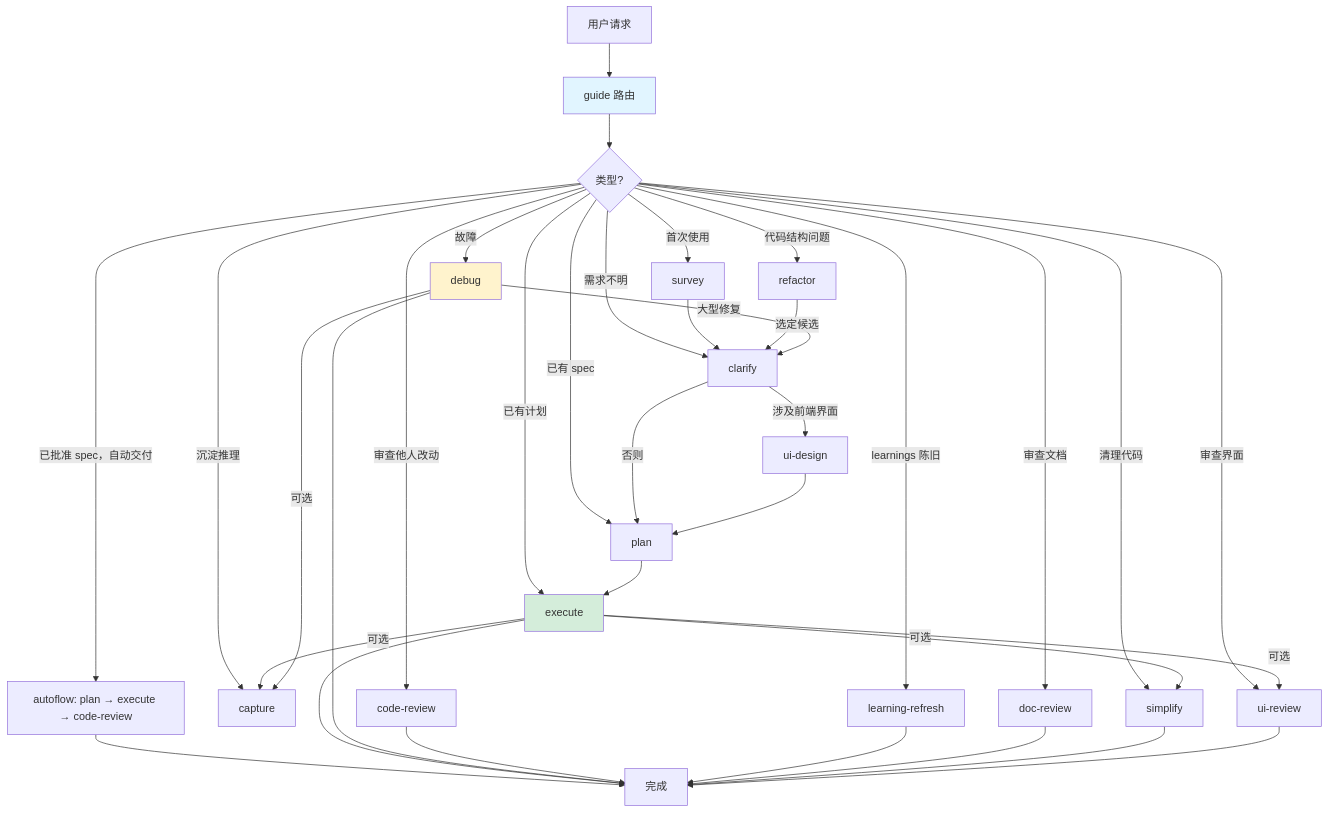
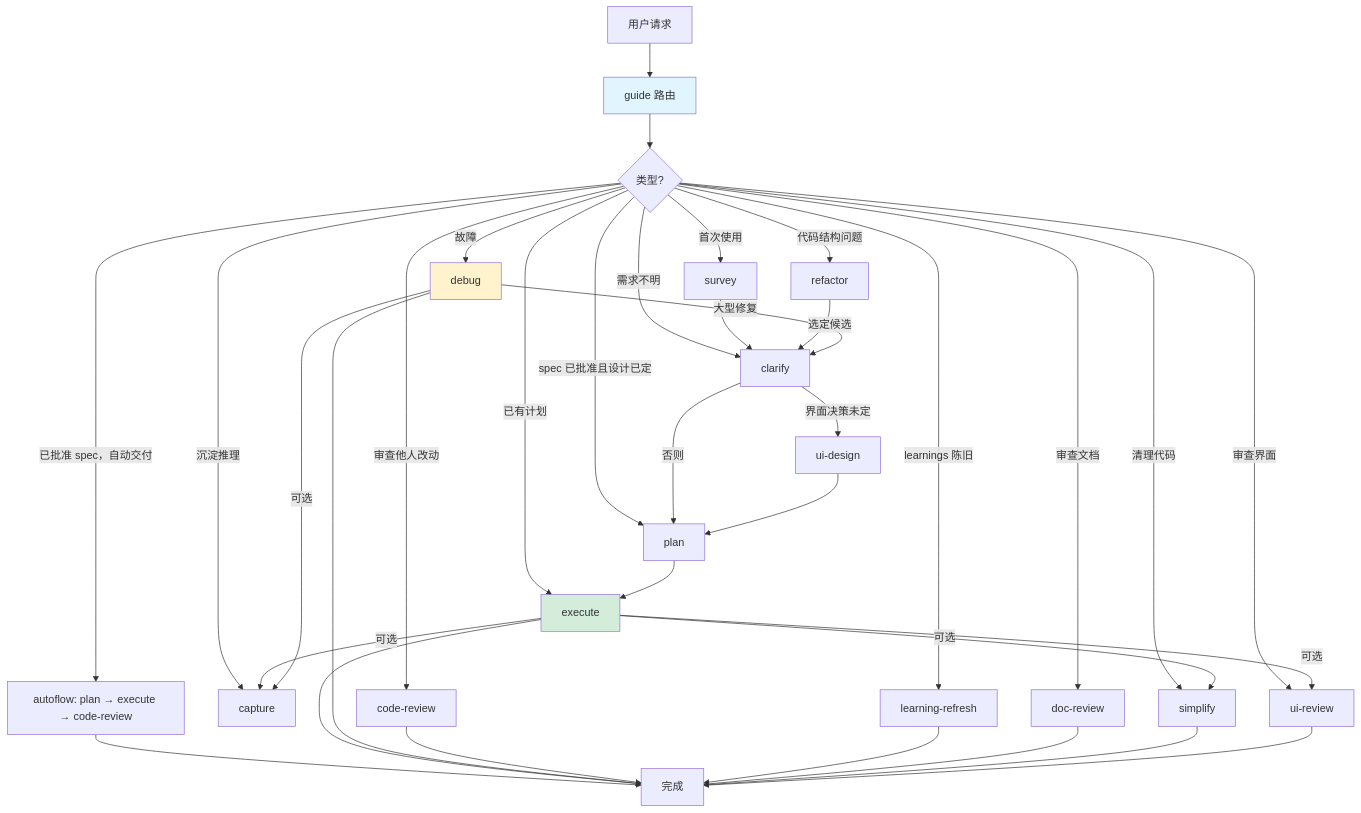
One commit to iron6909/coding-skills changed the diagram in README.md. Above: the diagram before and after it, drawn with Mermaid. The commit also changed other lines of this file and 7 other files, not shown here.

````diff
--- a/README.md
+++ b/README.md
@@ -46,42 +46,42 @@
 ```mermaid
 graph TD
     A[用户请求] --> B[guide 路由]
     B --> C{类型?}
     C -->|首次使用| D[survey]
     C -->|需求不明| E[clarify]
-    C -->|已有 spec| F[plan]
+    C -->|spec 已批准且设计已定| F[plan]
     C -->|已有计划| G[execute]
     C -->|故障| H[debug]
     C -->|审查他人改动| I[code-review]
     C -->|代码结构问题| M[refactor]
     C -->|沉淀推理| N[capture]
     C -->|learnings 陈旧| O[learning-refresh]
     C -->|审查文档| P[doc-review]
     C -->|清理代码| Q[simplify]
     C -->|审查界面| S[ui-review]
     C -->|已批准 spec，自动交付| T[autoflow: plan → execute → code-review]
     T --> J
 
     D --> E
-    E -->|涉及前端界面| R[ui-design]
+    E -->|界面决策未定| R[ui-design]
     E -->|否则| F
     R --> F
     F --> G
     G --> J[完成]
     H --> J
     I --> J
     M -->|选定候选| E
     H -->|大型修复| E
     G -->|可选| N
     H -->|可选| N
     G -->|可选| Q
     G -->|可选| S
     O --> J
     P --> J
     Q --> J
     S --> J
 
     style B fill:#e1f5ff
     style G fill:#d4edda
     style H fill:#fff3cd
 ```
````
